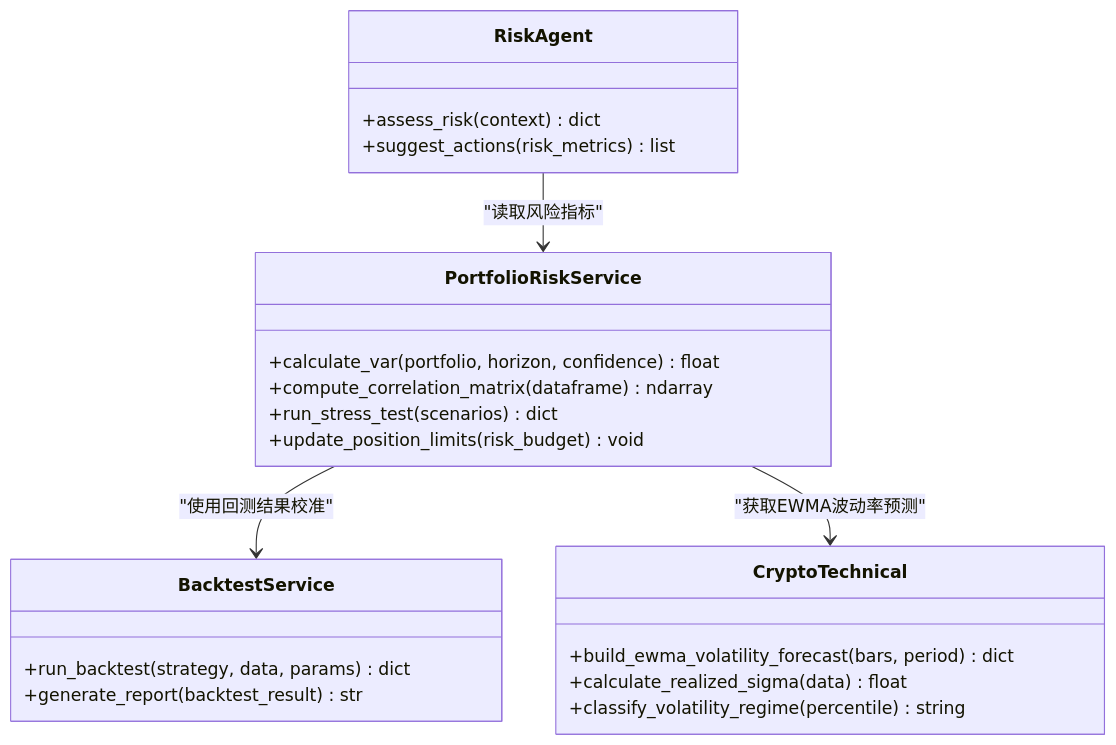
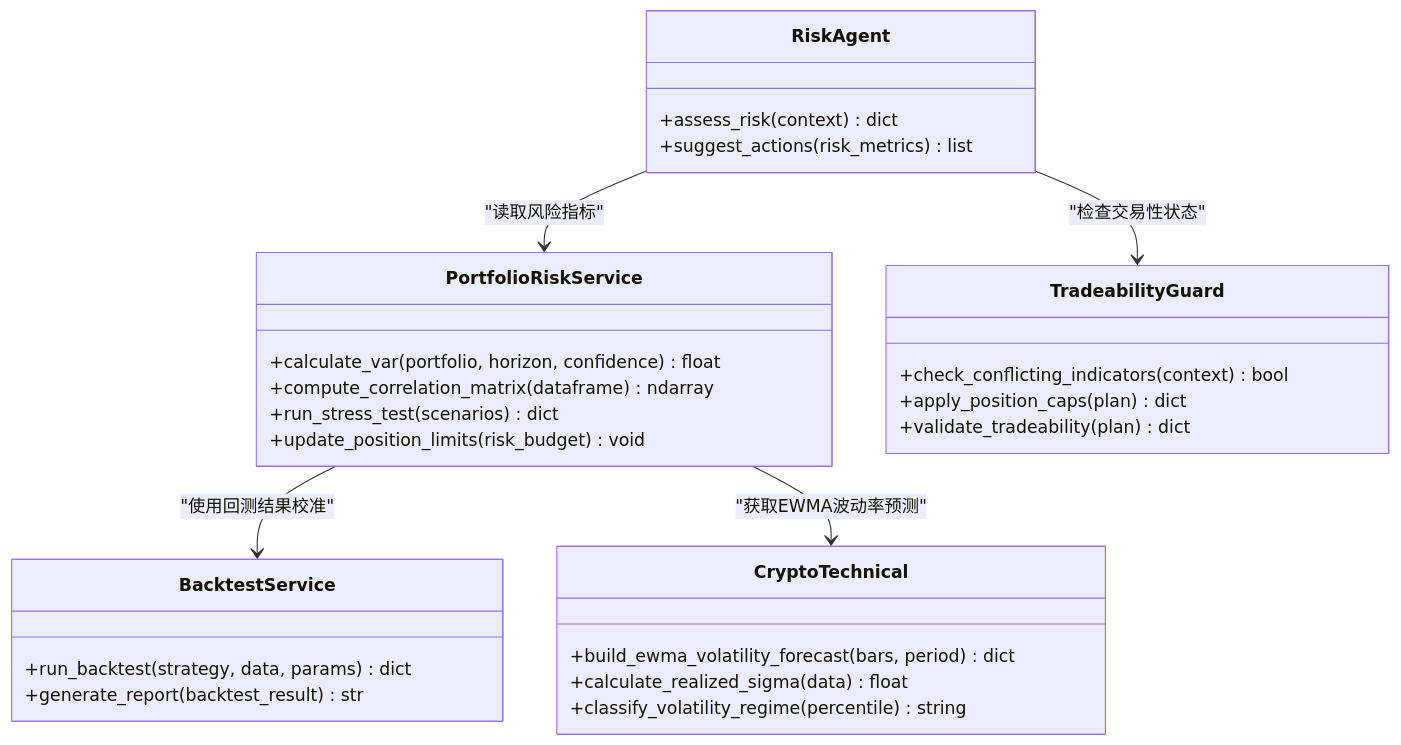
The fifth of 8 diagrams in .qoder/repowiki/zh/content/交易策略系统/风险管理.md (anYaoooo/daily_stock_analysis), drawn with Mermaid before and after one commit. The commit also changed other lines of this file and 140 other files, not shown here.

````diff
--- a/.qoder/repowiki/zh/content/交易策略系统/风险管理.md
+++ b/.qoder/repowiki/zh/content/交易策略系统/风险管理.md
@@ -285,25 +312,31 @@
 ```mermaid
 classDiagram
 class PortfolioRiskService {
 +calculate_var(portfolio, horizon, confidence) float
 +compute_correlation_matrix(dataframe) ndarray
 +run_stress_test(scenarios) dict
 +update_position_limits(risk_budget) void
 }
 class BacktestService {
 +run_backtest(strategy, data, params) dict
 +generate_report(backtest_result) str
 }
 class RiskAgent {
 +assess_risk(context) dict
 +suggest_actions(risk_metrics) list
 }
 class CryptoTechnical {
 +build_ewma_volatility_forecast(bars, period) dict
 +calculate_realized_sigma(data) float
 +classify_volatility_regime(percentile) string
 }
+class TradeabilityGuard {
++check_conflicting_indicators(context) bool
++apply_position_caps(plan) dict
++validate_tradeability(plan) dict
+}
 PortfolioRiskService --> BacktestService : "使用回测结果校准"
 RiskAgent --> PortfolioRiskService : "读取风险指标"
 PortfolioRiskService --> CryptoTechnical : "获取EWMA波动率预测"
+RiskAgent --> TradeabilityGuard : "检查交易性状态"
 ```
````
